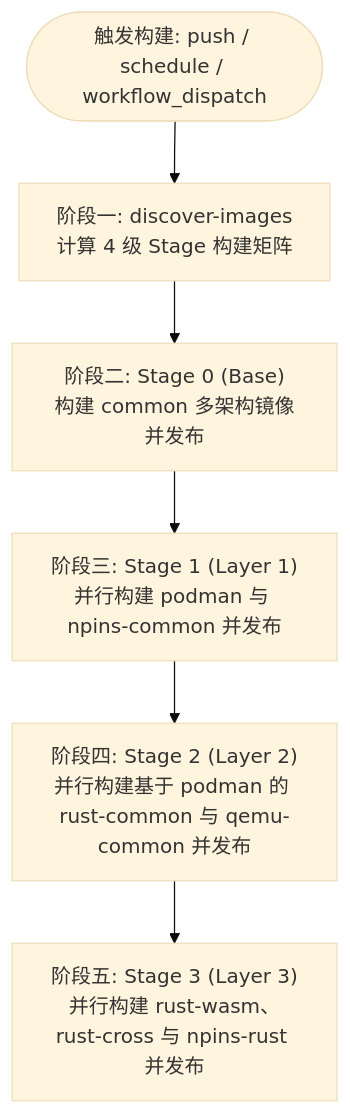
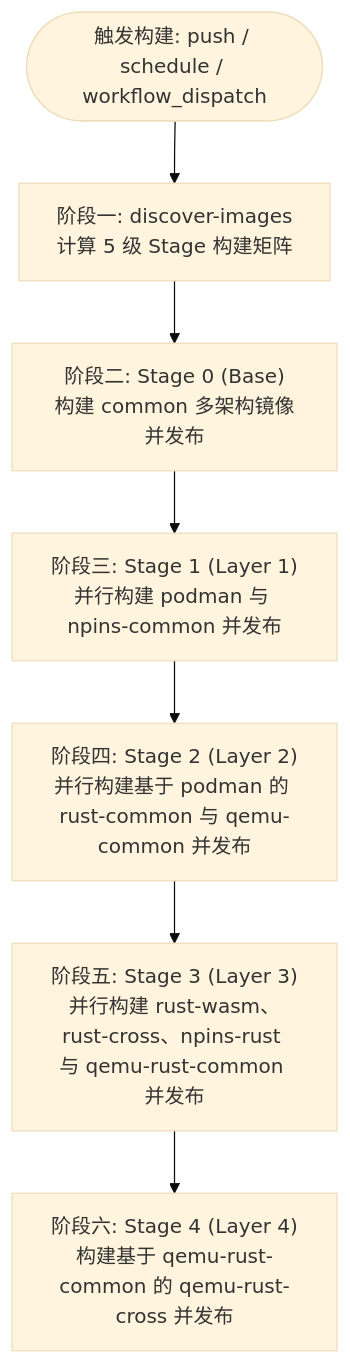
Before and after one commit to shaogme/coding-images: the fifth of 5 diagrams in README.md, drawn with Mermaid (base theme). The commit also changed other lines of this file and 11 other files, not shown here.

````diff
--- a/README.md
+++ b/README.md
@@ -554,9 +606,10 @@
 ```mermaid
 flowchart TD
-    Trigger(["触发构建: push / schedule / workflow_dispatch"]) --> Discover["阶段一: discover-images<br/>计算 4 级 Stage 构建矩阵"]
+    Trigger(["触发构建: push / schedule / workflow_dispatch"]) --> Discover["阶段一: discover-images<br/>计算 5 级 Stage 构建矩阵"]
 
     Discover --> Stage0["阶段二: Stage 0 (Base)<br/>构建 common 多架构镜像并发布"]
     Stage0 --> Stage1["阶段三: Stage 1 (Layer 1)<br/>并行构建 podman 与 npins-common 并发布"]
     Stage1 --> Stage2["阶段四: Stage 2 (Layer 2)<br/>并行构建基于 podman 的 rust-common 与 qemu-common 并发布"]
-    Stage2 --> Stage3["阶段五: Stage 3 (Layer 3)<br/>并行构建 rust-wasm、rust-cross 与 npins-rust 并发布"]
+    Stage2 --> Stage3["阶段五: Stage 3 (Layer 3)<br/>并行构建 rust-wasm、rust-cross、npins-rust 与 qemu-rust-common 并发布"]
+    Stage3 --> Stage4["阶段六: Stage 4 (Layer 4)<br/>构建基于 qemu-rust-common 的 qemu-rust-cross 并发布"]
 ```
````
